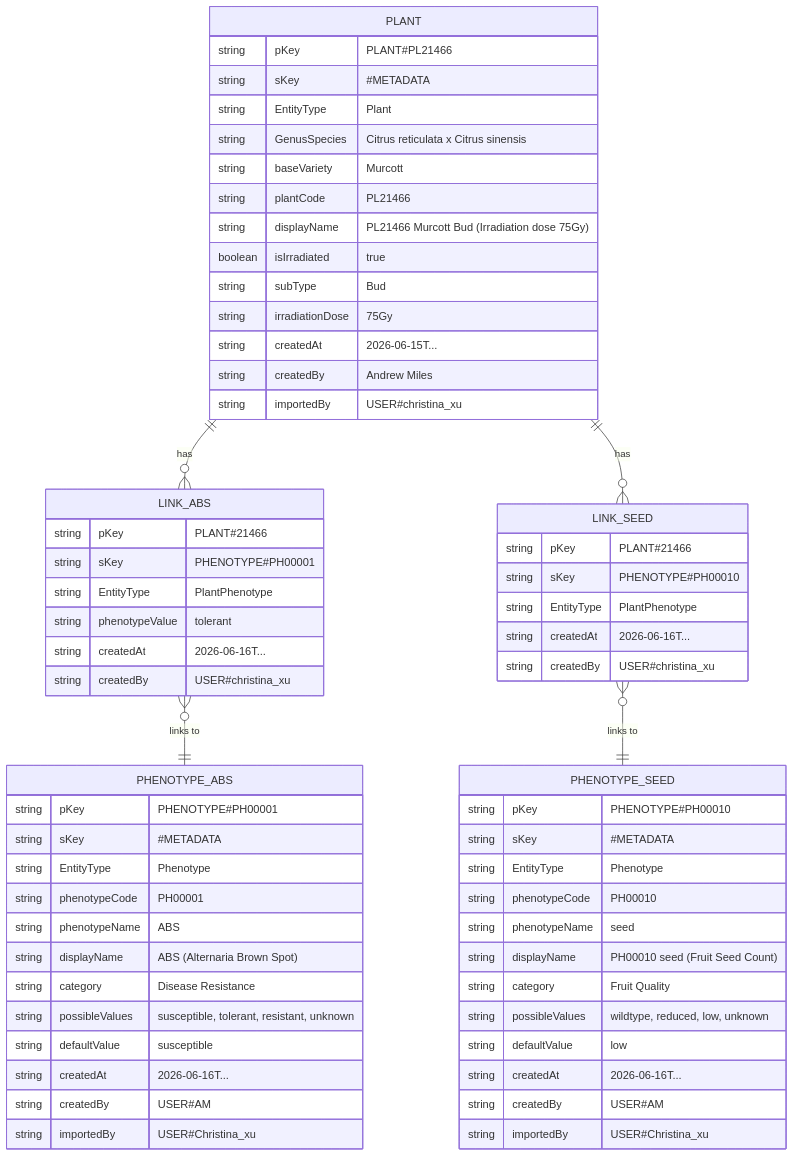
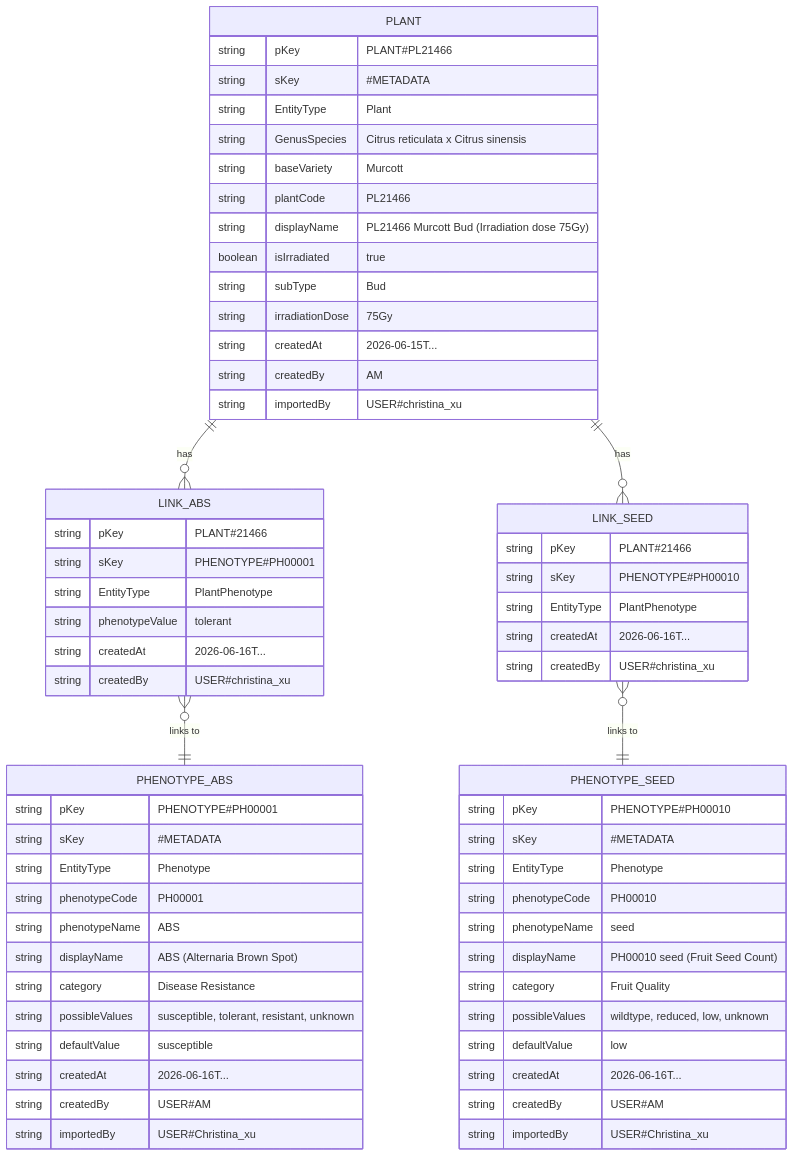
One commit to prentis-lab/SampleDashbord changed the diagram in DB/plant.md. Above: the diagram before and after it, drawn with Mermaid. The commit also changed other lines of this file and 2 other files, not shown here.

````diff
--- a/DB/plant.md
+++ b/DB/plant.md
@@ -32,71 +32,71 @@
 ```mermaid
 erDiagram
     PLANT {
         string pKey "PLANT#PL21466"
         string sKey "#METADATA"
         string EntityType "Plant"
         string GenusSpecies "Citrus reticulata x Citrus sinensis"
         string baseVariety "Murcott"
         string plantCode "PL21466"
         string displayName "PL21466 Murcott Bud (Irradiation dose 75Gy)"
         boolean isIrradiated "true"
         string subType "Bud"
         string irradiationDose "75Gy"
         string createdAt "2026-06-15T..."
-        string createdBy "Andrew Miles"
+        string createdBy "AM"
         string importedBy "USER#christina_xu"
     }
 
     PHENOTYPE_ABS {
         string pKey "PHENOTYPE#PH00001"
         string sKey "#METADATA"
         string EntityType "Phenotype"
         string phenotypeCode "PH00001"
         string phenotypeName "ABS"
         string displayName "ABS (Alternaria Brown Spot)"
         string category "Disease Resistance"
         string possibleValues "susceptible, tolerant, resistant, unknown"
         string defaultValue "susceptible"
         string createdAt "2026-06-16T..."
         string createdBy "USER#AM"
         string importedBy "USER#Christina_xu"
     }
 
     PHENOTYPE_SEED {
         string pKey "PHENOTYPE#PH00010"
         string sKey "#METADATA"
         string EntityType "Phenotype"
         string phenotypeCode "PH00010"
         string phenotypeName "seed"
         string displayName "PH00010 seed (Fruit Seed Count)"
         string category "Fruit Quality"
         string possibleValues "wildtype, reduced, low, unknown"
         string defaultValue "low"
         string createdAt "2026-06-16T..."
         string createdBy "USER#AM"
         string importedBy "USER#Christina_xu"
     }
 
     LINK_ABS {
         string pKey "PLANT#21466"
         string sKey "PHENOTYPE#PH00001"
         string EntityType "PlantPhenotype"
         string phenotypeValue "tolerant"
         string createdAt "2026-06-16T..."
         string createdBy "USER#christina_xu"
     }
 
     LINK_SEED {
         string pKey "PLANT#21466"
         string sKey "PHENOTYPE#PH00010"
         string EntityType "PlantPhenotype"
         string createdAt "2026-06-16T..."
         string createdBy "USER#christina_xu"
     }
 
     PLANT ||--o{ LINK_ABS : "has"
     LINK_ABS }o--|| PHENOTYPE_ABS : "links to"
     
     PLANT ||--o{ LINK_SEED : "has"
     LINK_SEED }o--|| PHENOTYPE_SEED : "links to"
 ```
````
